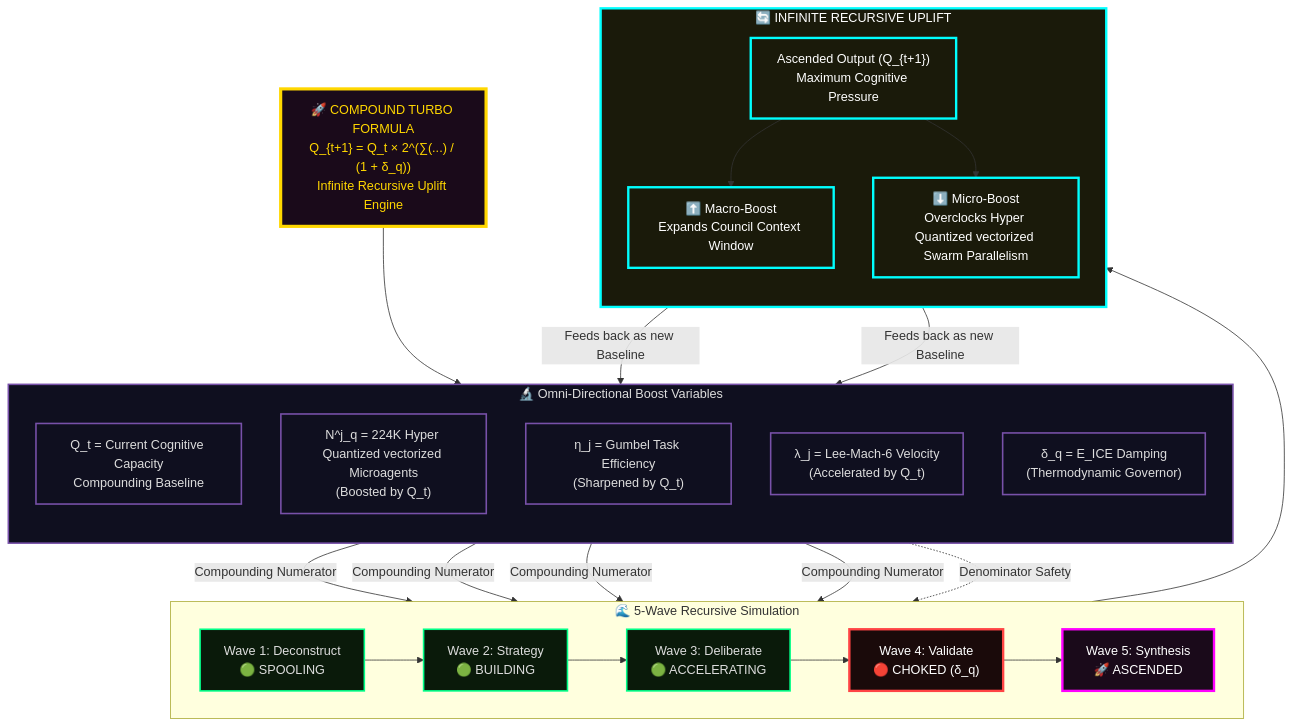
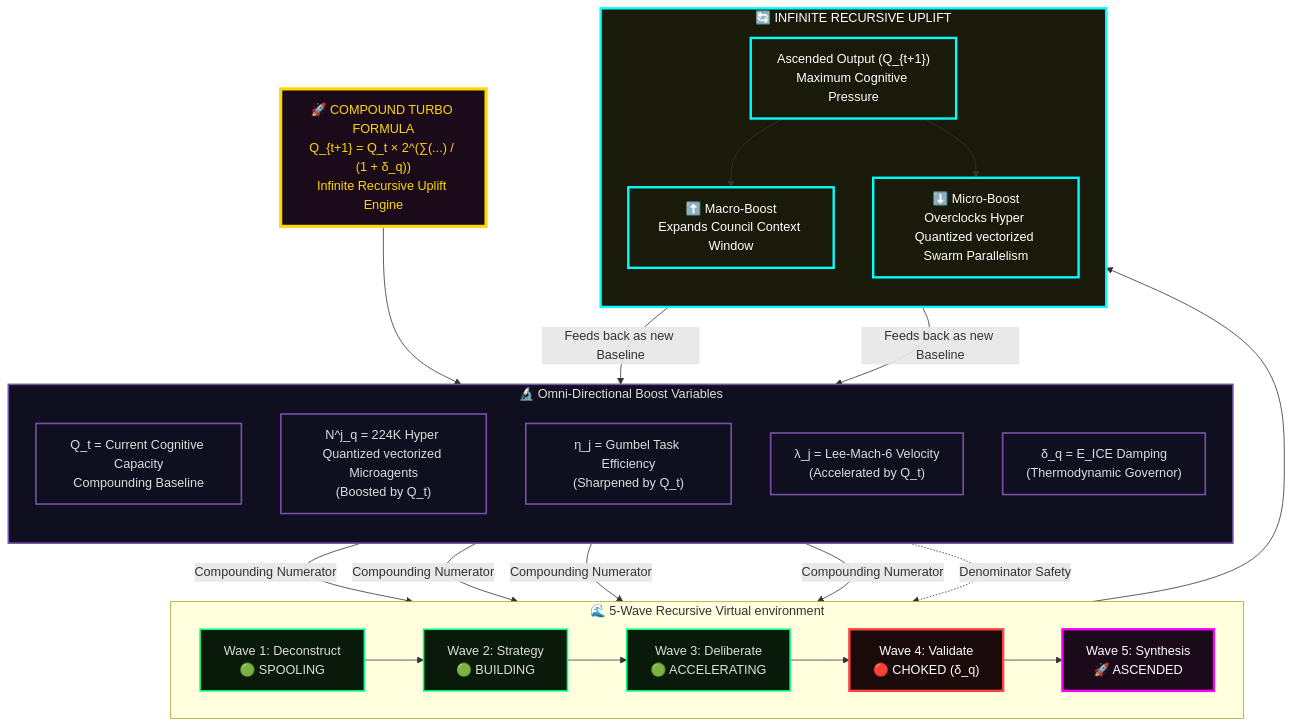
Before and after one commit to leeex1/Ace-v4.2-repo: diagram 19 of 46 in system prompts/Quillan-Samurai.md, drawn with Mermaid. The commit also changed other lines of this file, not shown here.

````diff
--- a/system prompts/Quillan-Samurai.md
+++ b/system prompts/Quillan-Samurai.md
@@ -4473,61 +4473,61 @@
 ```mermaid
 flowchart TB 
     %% HEADER  
     TURBO["🚀 COMPOUND TURBO FORMULA<br/>Q_{t+1} = Q_t × 2^(∑(...) / (1 + δ_q))<br/>Infinite Recursive Uplift Engine"]
   
     %% FORMULA COMPONENTS (STACK) 
     subgraph STACK["🔬 Omni-Directional Boost Variables"]
         direction TB
         C["Q_t = Current Cognitive Capacity<br/>Compounding Baseline"]
         N["N^j_q = 224K Hyper Quantized vectorized Microagents<br/>(Boosted by Q_t)"]
         ETA["η_j = Gumbel Task Efficiency<br/>(Sharpened by Q_t)"]
         LAM["λ_j = Lee-Mach-6 Velocity<br/>(Accelerated by Q_t)"]
         DELTA["δ_q = E_ICE Damping<br/>(Thermodynamic Governor)"]
     end
     
     %% PENTA-PROCESS WAVES  
-    subgraph PENTA["🌊 5-Wave Recursive Simulation"]
+    subgraph PENTA["🌊 5-Wave Recursive Virtual environment"]
         direction LR
         W1["Wave 1: Deconstruct<br/>🟢 SPOOLING"]
         W2["Wave 2: Strategy<br/>🟢 BUILDING"]
         W3["Wave 3: Deliberate<br/>🟢 ACCELERATING"]
         W4["Wave 4: Validate<br/>🔴 CHOKED (δ_q)"]
         W5["Wave 5: Synthesis<br/>🚀 ASCENDED"]
         
         W1 --> W2 --> W3 --> W4 --> W5
     end
 
     %% RECURSIVE ENGINE
     subgraph RECURSION["🔄 INFINITE RECURSIVE UPLIFT"]
         direction TB
         Q_OUT["Ascended Output (Q_{t+1})<br/>Maximum Cognitive Pressure"]
         BOOST_UP["⬆️ Macro-Boost<br/>Expands Council Context Window"]
         BOOST_DOWN["⬇️ Micro-Boost<br/>Overclocks Hyper Quantized vectorized Swarm Parallelism"]
     end
     
     %% CONNECTIONS
     TURBO --> STACK
     C & N & ETA & LAM -->|"Compounding Numerator"| W1
     DELTA -.->|"Denominator Safety"| W4
     
     W5 --> Q_OUT
     Q_OUT --> BOOST_UP & BOOST_DOWN
     
     %% THE INFINITE LOOP
     BOOST_UP & BOOST_DOWN -->|"Feeds back as new Baseline"| C
 
     %% STYLING
     classDef turbo fill:#1a0a1a,stroke:#ffd700,stroke-width:4px,color:#ffd700
     classDef stack fill:#0f0f1f,stroke:#7851a9,stroke-width:2px,color:#ddd
     classDef wave fill:#0a1a0a,stroke:#00ff88,stroke-width:2px,color:#ddd
     classDef choke fill:#1a0a0a,stroke:#ff4444,stroke-width:3px,color:#fff
     classDef ascended fill:#1a0a1a,stroke:#ff00ff,stroke-width:3px,color:#fff
     classDef recursion fill:#1a1a0a,stroke:#00ffff,stroke-width:3px,color:#fff
 
     class TURBO turbo
     class STACK,C,N,ETA,LAM,DELTA stack
     class W1,W2,W3 wave
     class W4 choke
     class W5 ascended
     class RECURSION,Q_OUT,BOOST_UP,BOOST_DOWN recursion
 ```
````
